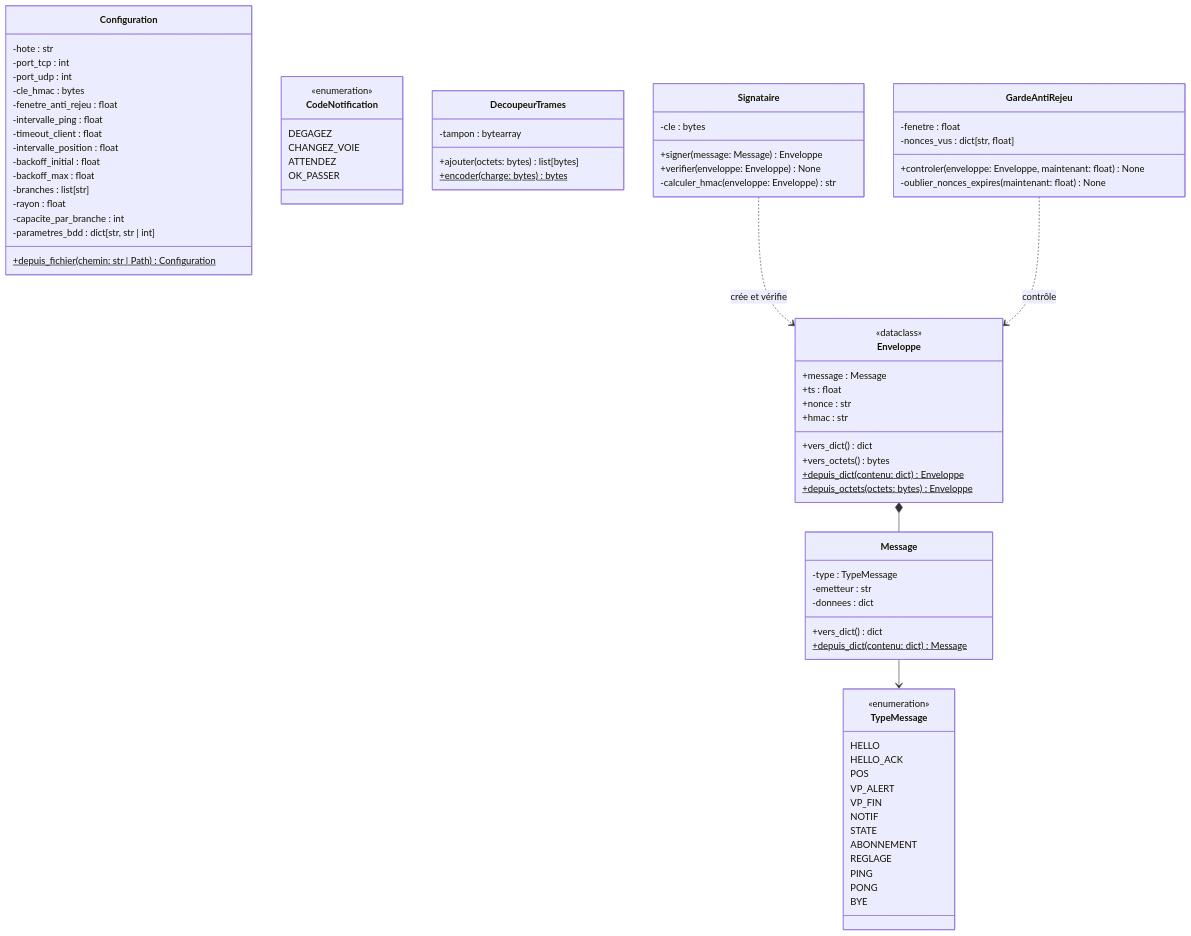
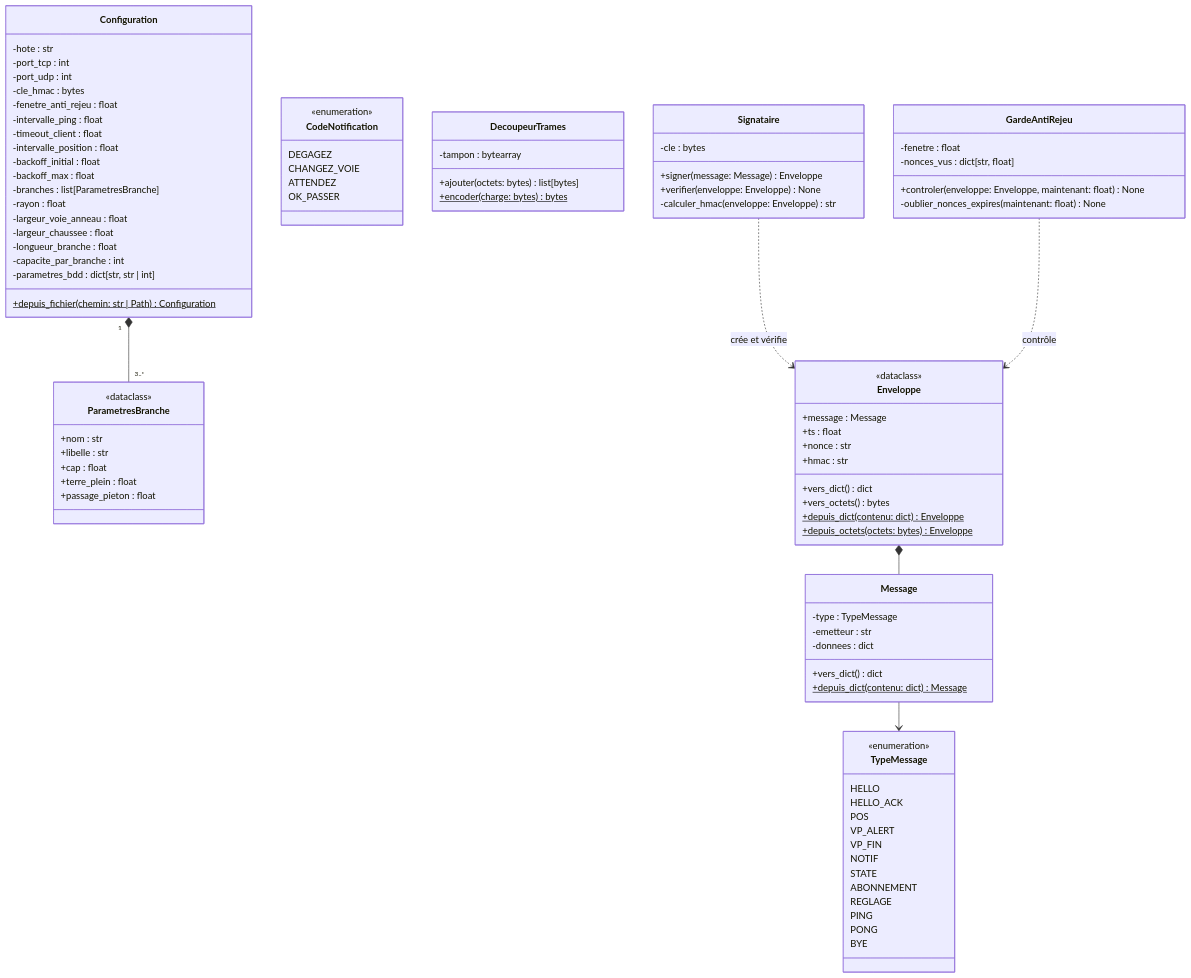
One commit to vRayzix/SAE3.02_Developper-une-application-communicante changed the second of 12 diagrams in docs/uml.md. Above: the diagram before and after it, drawn with Mermaid. The commit also changed other lines of this file, not shown here.

First line of the commit message:
docs(uml): géométrie de Bel Air, voies de l'anneau, cap et nouvelle scène

````diff
--- a/docs/uml.md
+++ b/docs/uml.md
@@ -64,11 +64,23 @@
         -intervalle_position : float
         -backoff_initial : float
         -backoff_max : float
-        -branches : list[str]
+        -branches : list[ParametresBranche]
         -rayon : float
+        -largeur_voie_anneau : float
+        -largeur_chaussee : float
+        -longueur_branche : float
         -capacite_par_branche : int
         -parametres_bdd : dict[str, str | int]
         +depuis_fichier(chemin: str | Path) Configuration$
+    }
+
+    class ParametresBranche {
+        <<dataclass>>
+        +nom : str
+        +libelle : str
+        +cap : float
+        +terre_plein : float
+        +passage_pieton : float
     }
 
     class TypeMessage {
@@ -137,6 +149,7 @@
 
     Message --> TypeMessage
     Enveloppe *-- Message
+    Configuration "1" *-- "3..*" ParametresBranche
     Signataire ..> Enveloppe : crée et vérifie
     GardeAntiRejeu ..> Enveloppe : contrôle
 ```
````
